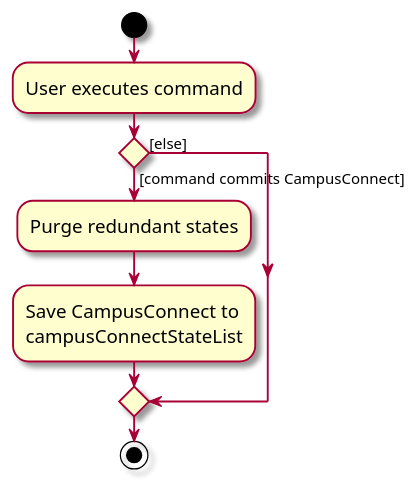
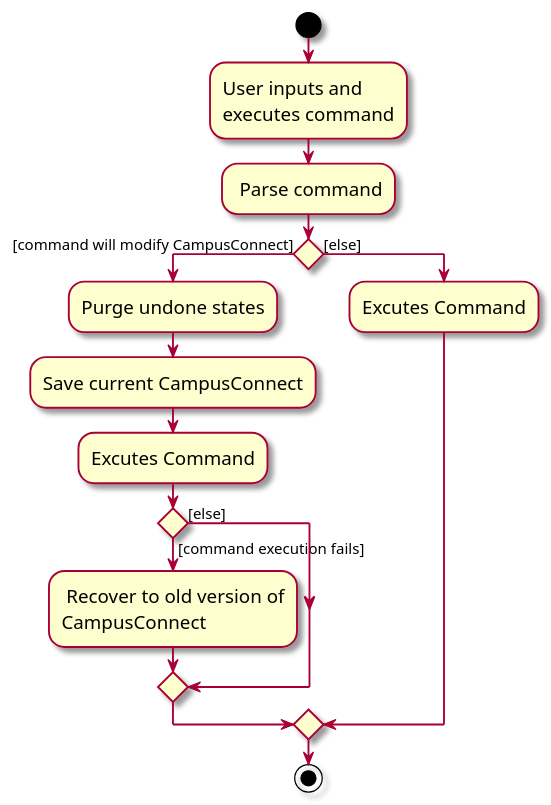
One commit to AY2425S1-CS2103T-F14a-4/tp changed the diagram in diagrams/CommitActivityDiagram.puml. Above: the diagram before and after it, drawn with PlantUML. The commit also changed 32 other files, not shown here.

```diff
--- a/diagrams/CommitActivityDiagram.puml
+++ b/diagrams/CommitActivityDiagram.puml
@@ -1,18 +1,25 @@
 @startuml
 skin rose
 skinparam ActivityFontSize 15
 skinparam ArrowFontSize 12
 start
-:User executes command;
+:User inputs and
+executes command;
 
 'Since the beta syntax does not support placing the condition outside the
 'diamond we place it as the true branch instead.
-
-if () then ([command commits CampusConnect])
-    :Purge redundant states;
-    :Save CampusConnect to
-    campusConnectStateList;
+: Parse command;
+if () then ([command will modify CampusConnect])
+    :Purge undone states;
+    :Save current CampusConnect;
+    :Excutes Command;
+    if () then ([command execution fails])
+    : Recover to old version of
+    CampusConnect;
+    else ([else])
+    endif
 else ([else])
+:Excutes Command;
 endif
 stop
 @enduml
```
